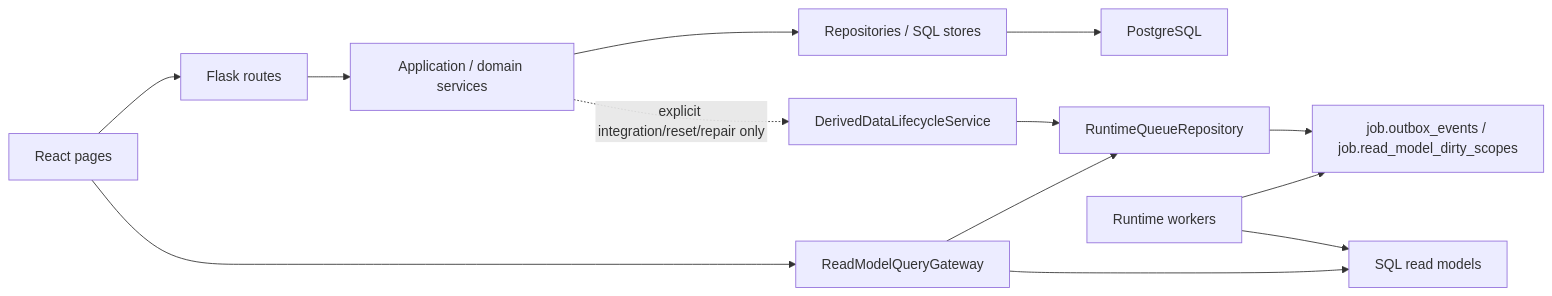
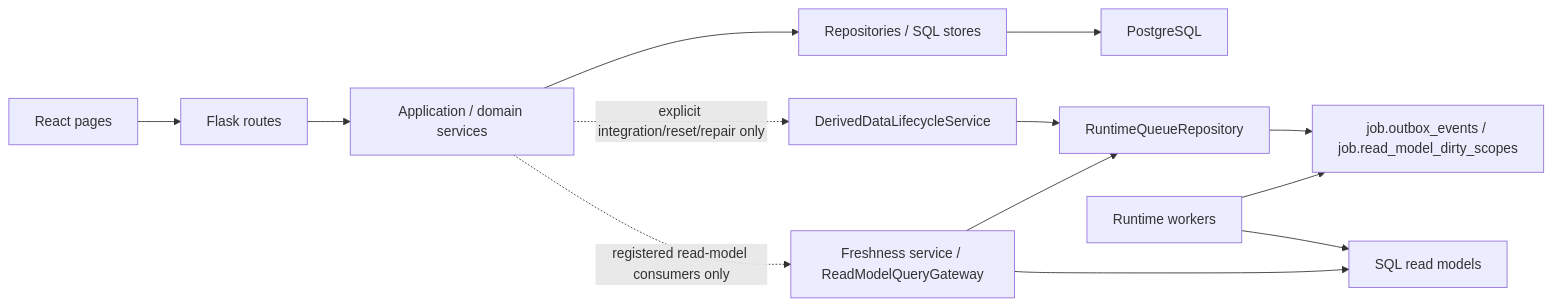
The diagram in docs/app-architecture/runtime-and-ownership.md (Yhuir/fin-ops-platform), drawn with Mermaid before and after one commit. The commit also changed other lines of this file and 51 other files, not shown here.

````diff
--- a/docs/app-architecture/runtime-and-ownership.md
+++ b/docs/app-architecture/runtime-and-ownership.md
@@ -9,15 +9,15 @@
 ```mermaid
 flowchart LR
   UI["React pages"] --> API["Flask routes"]
   API --> Service["Application / domain services"]
   Service --> Repo["Repositories / SQL stores"]
   Repo --> PG["PostgreSQL"]
   Service -. "explicit integration/reset/repair only" .-> Lifecycle["DerivedDataLifecycleService"]
   Lifecycle --> Queue["RuntimeQueueRepository"]
   Queue --> Outbox["job.outbox_events / job.read_model_dirty_scopes"]
   Worker["Runtime workers"] --> Outbox
   Worker --> Projection["SQL read models"]
-  UI --> Gateway["ReadModelQueryGateway"]
+  Service -. "registered read-model consumers only" .-> Gateway["Freshness service / ReadModelQueryGateway"]
   Gateway --> Projection
   Gateway --> Queue
 ```
````
